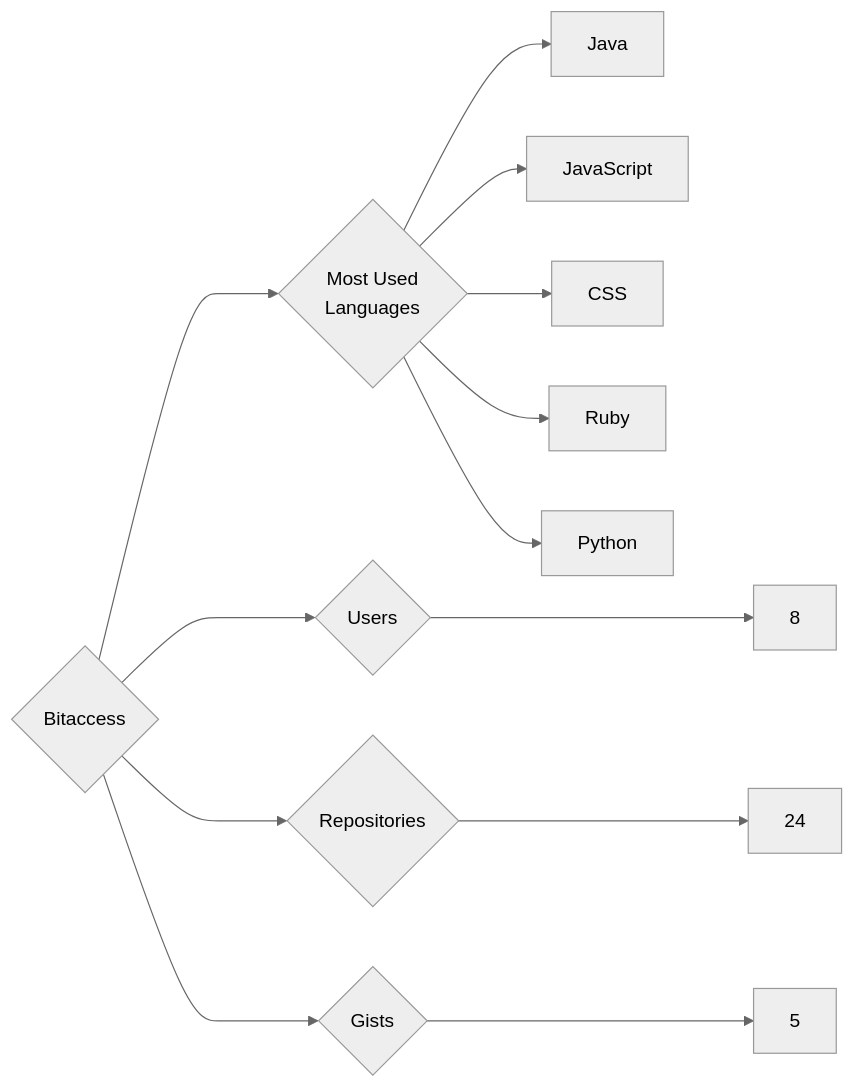
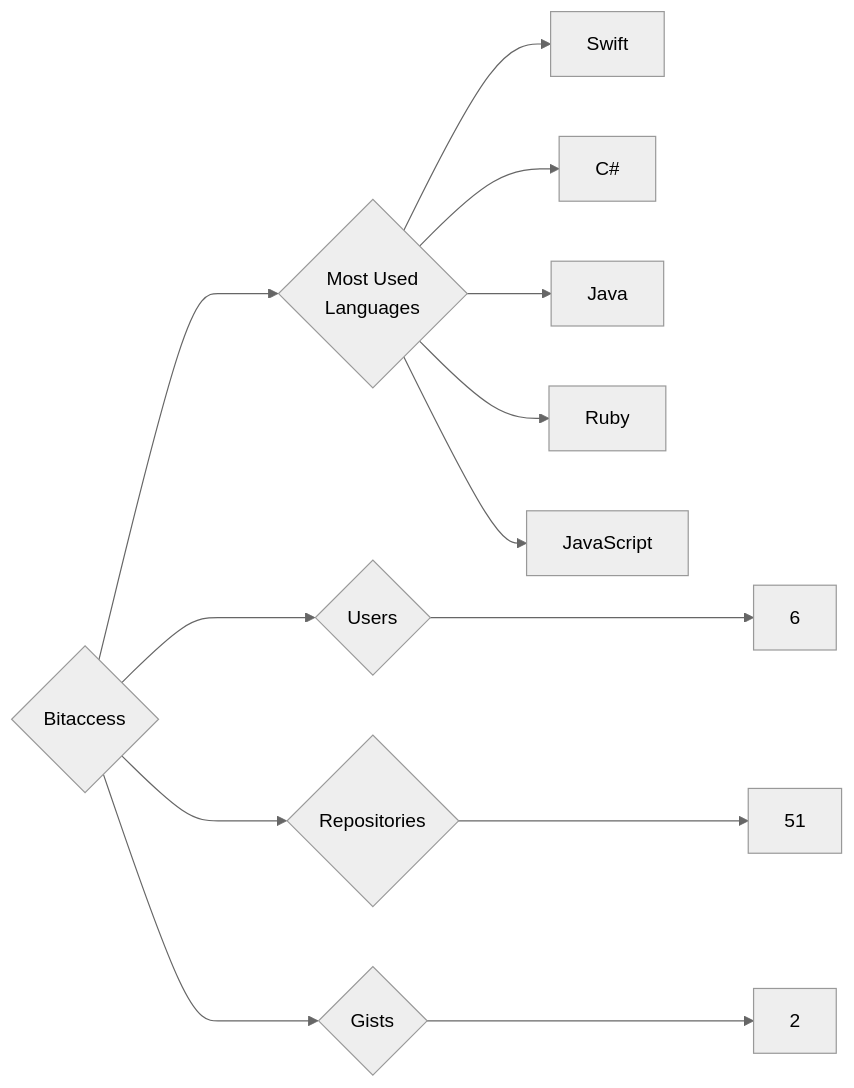
The diagram in targets/Bitaccess/README.md (trickest/insiders), drawn with Mermaid (neutral theme) before and after one commit. The commit also changed 1055 other files, not shown here.

````diff
--- a/targets/Bitaccess/README.md
+++ b/targets/Bitaccess/README.md
@@ -3,13 +3,13 @@
 ```mermaid
 graph LR
 COMPANY_NAME{Bitaccess}
-COMPANY_NAME ---> U{Users} ---> UN[8]
-COMPANY_NAME ---> R{Repositories} ---> RN[24]
-COMPANY_NAME ---> G{Gists} ---> GN[5]
+COMPANY_NAME ---> U{Users} ---> UN[6]
+COMPANY_NAME ---> R{Repositories} ---> RN[51]
+COMPANY_NAME ---> G{Gists} ---> GN[2]
 COMPANY_NAME ---> ML{Most Used<br>Languages}
+ML --> Swift[Swift]
+ML --> C#[C#]
 ML --> Java[Java]
+ML --> Ruby[Ruby]
 ML --> JavaScript[JavaScript]
-ML --> CSS[CSS]
-ML --> Ruby[Ruby]
-ML --> Python[Python]
 ```
````
